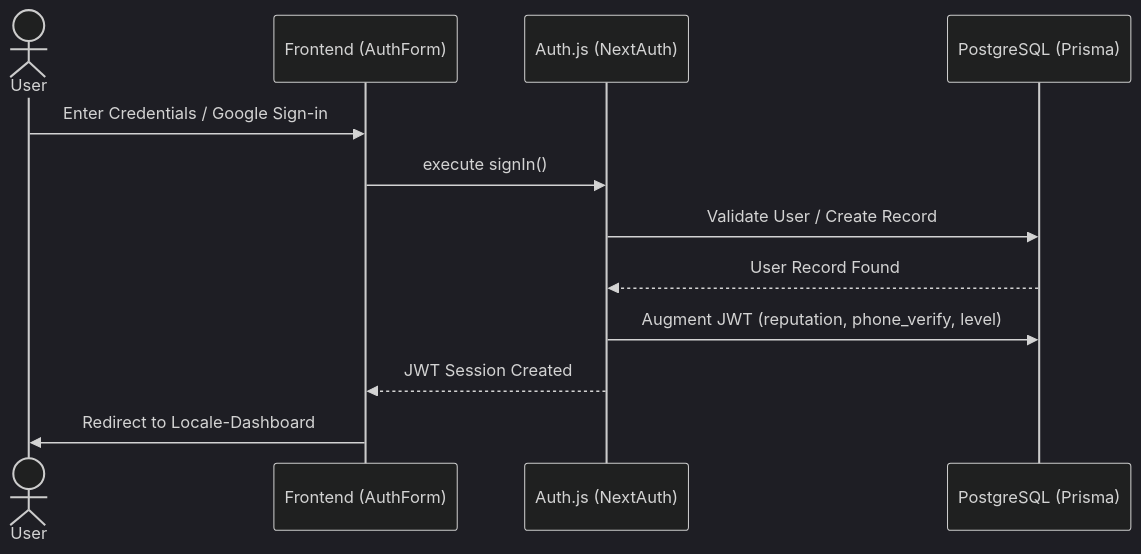
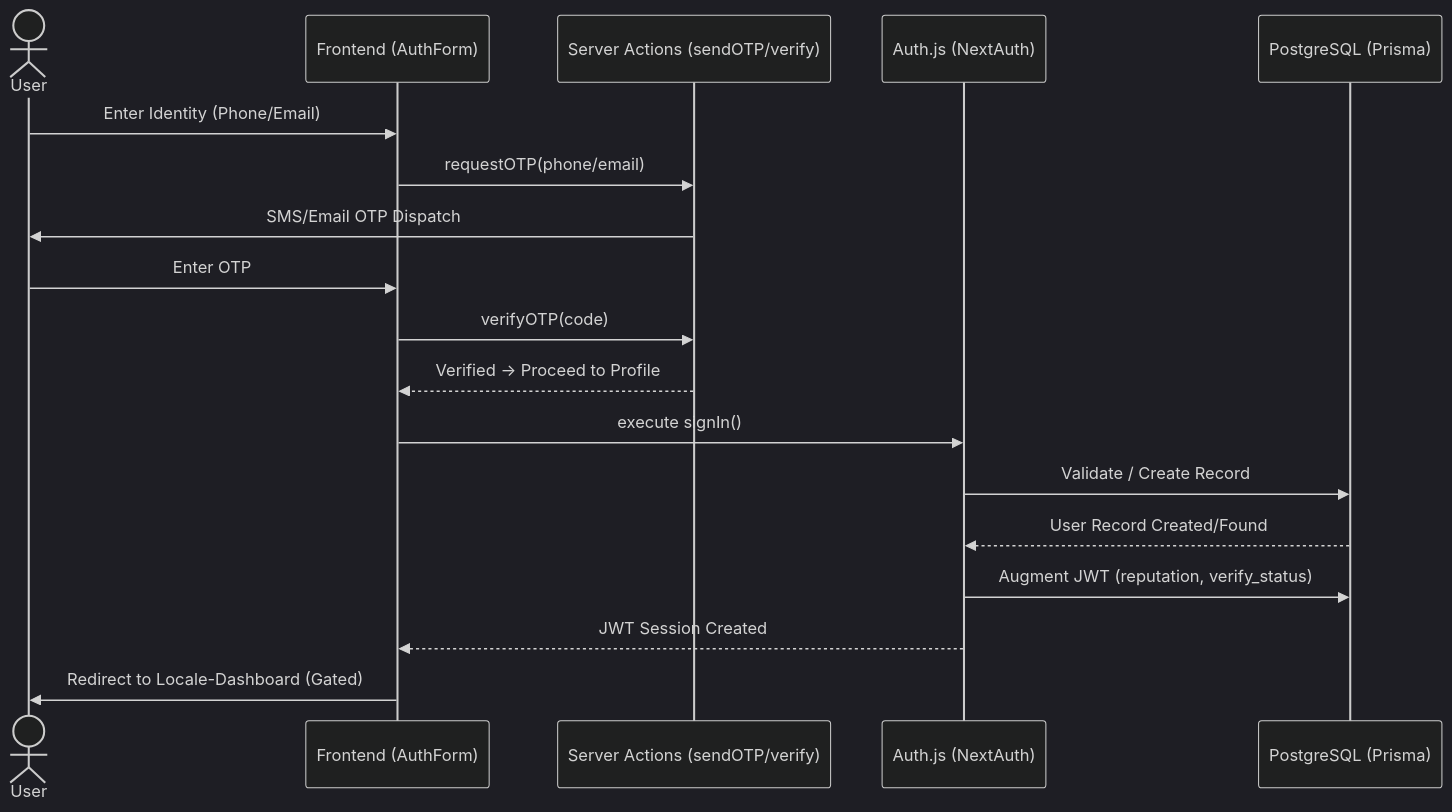
Before and after one commit to Sayem9999/nilamit.com: the first of 5 diagrams in flow.md, drawn with Mermaid (dark theme). The commit also changed other lines of this file and 7 other files, not shown here.

````diff
--- a/flow.md
+++ b/flow.md
@@ -10,15 +10,21 @@
 ```mermaid
 sequenceDiagram
     actor User
     participant FE as Frontend (AuthForm)
+    participant SA as Server Actions (sendOTP/verify)
     participant AC as Auth.js (NextAuth)
     participant DB as PostgreSQL (Prisma)
     
-    User->>FE: Enter Credentials / Google Sign-in
+    User->>FE: Enter Identity (Phone/Email)
+    FE->>SA: requestOTP(phone/email)
+    SA->>User: SMS/Email OTP Dispatch
+    User->>FE: Enter OTP
+    FE->>SA: verifyOTP(code)
+    SA-->>FE: Verified -> Proceed to Profile
     FE->>AC: execute signIn()
-    AC->>DB: Validate User / Create Record
-    DB-->>AC: User Record Found
-    AC->>DB: Augment JWT (reputation, phone_verify, level)
+    AC->>DB: Validate / Create Record
+    DB-->>AC: User Record Created/Found
+    AC->>DB: Augment JWT (reputation, verify_status)
     AC-->>FE: JWT Session Created
-    FE->>User: Redirect to Locale-Dashboard
+    FE->>User: Redirect to Locale-Dashboard (Gated)
 ```
````
